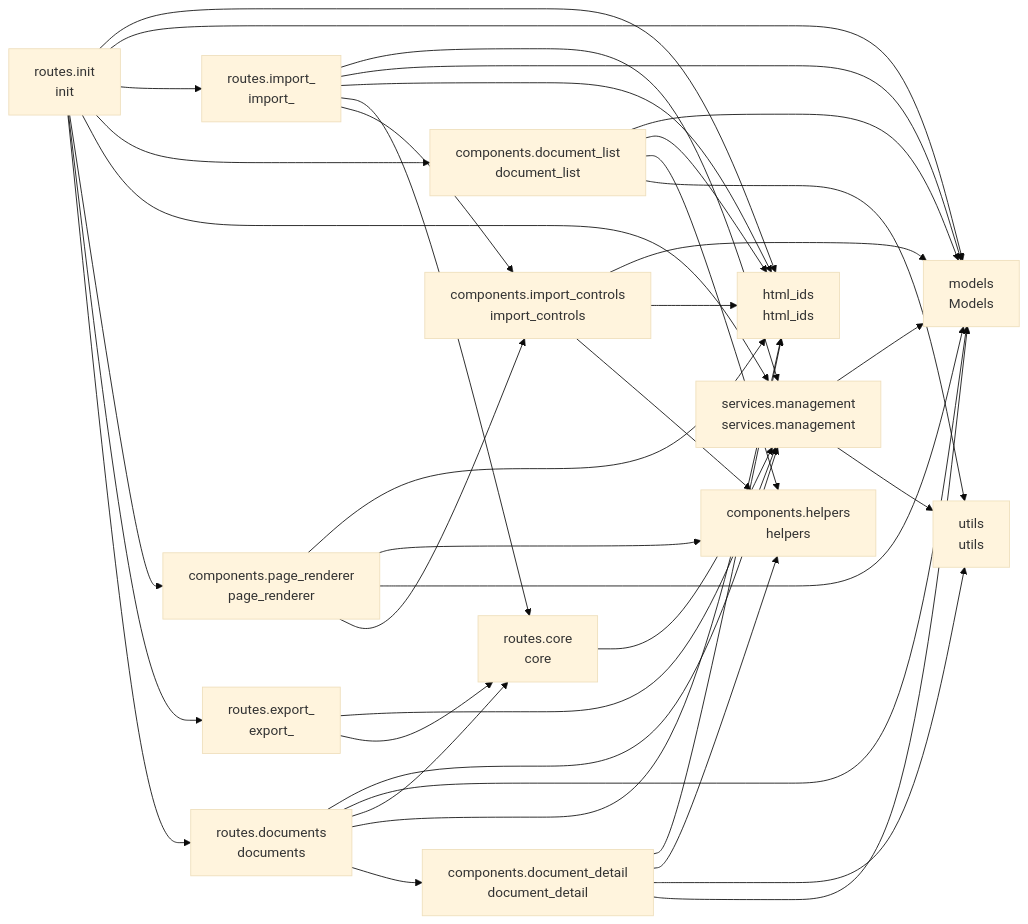
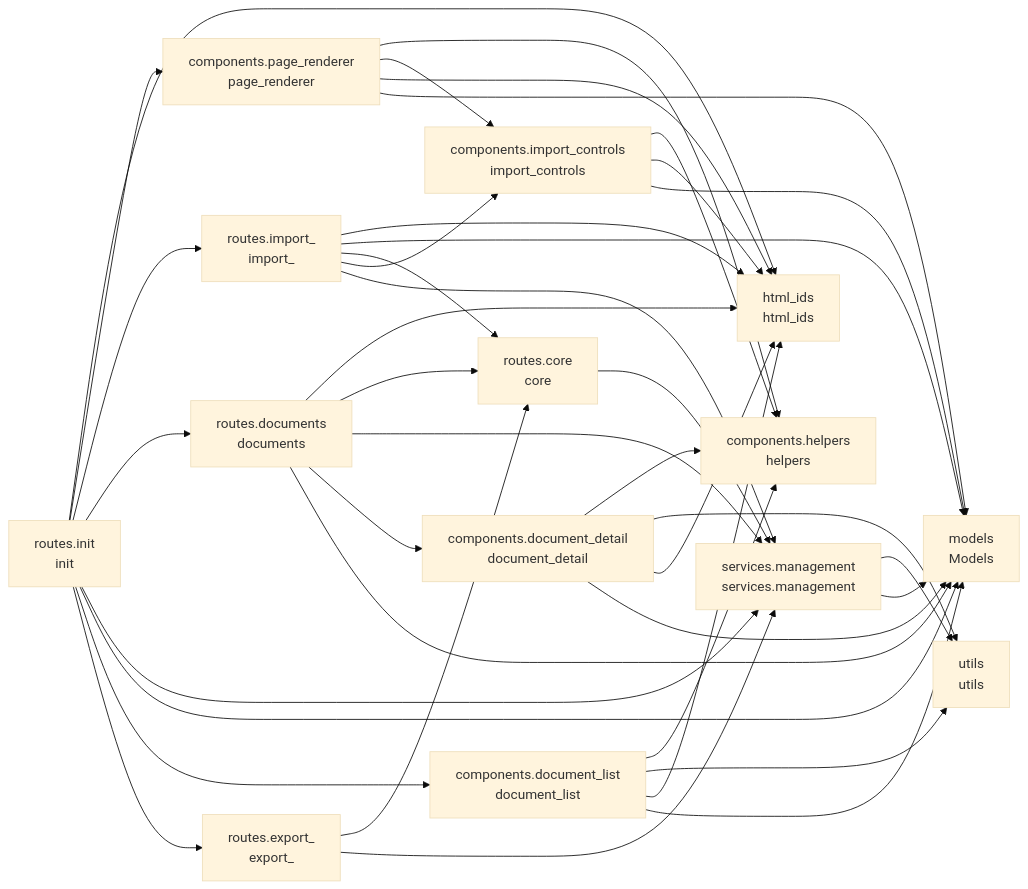
Before and after one commit to cj-mills/cjm-transcript-workflow-management: the diagram in README.md, drawn with Mermaid (base theme). The commit also changed other lines of this file and 5 other files, not shown here.

Commit message:
Elevate import controls panel to base_200, and elevate document-detail tile class (_CARD_CLS) to base_200 with shadow_dui.primary for visual parity with verify dashboard tiles.

````diff
--- a/README.md
+++ b/README.md
@@ -37,56 +37,56 @@
 ``` mermaid
 graph LR
     components_document_detail[components.document_detail<br/>document_detail]
     components_document_list[components.document_list<br/>document_list]
     components_helpers[components.helpers<br/>helpers]
     components_import_controls[components.import_controls<br/>import_controls]
     components_page_renderer[components.page_renderer<br/>page_renderer]
     html_ids[html_ids<br/>html_ids]
     models[models<br/>Models]
     routes_core[routes.core<br/>core]
     routes_documents[routes.documents<br/>documents]
     routes_export_[routes.export_<br/>export_]
     routes_import_[routes.import_<br/>import_]
     routes_init[routes.init<br/>init]
     services_management[services.management<br/>services.management]
     utils[utils<br/>utils]
 
-    components_document_detail --> html_ids
     components_document_detail --> components_helpers
     components_document_detail --> utils
+    components_document_detail --> html_ids
     components_document_detail --> models
-    components_document_list --> models
-    components_document_list --> html_ids
     components_document_list --> components_helpers
     components_document_list --> utils
+    components_document_list --> html_ids
+    components_document_list --> models
+    components_import_controls --> components_helpers
+    components_import_controls --> html_ids
     components_import_controls --> models
-    components_import_controls --> html_ids
-    components_import_controls --> components_helpers
+    components_page_renderer --> components_helpers
+    components_page_renderer --> components_import_controls
     components_page_renderer --> html_ids
-    components_page_renderer --> components_helpers
     components_page_renderer --> models
-    components_page_renderer --> components_import_controls
     routes_core --> services_management
+    routes_documents --> html_ids
+    routes_documents --> routes_core
     routes_documents --> services_management
+    routes_documents --> components_document_detail
     routes_documents --> models
-    routes_documents --> routes_core
-    routes_documents --> html_ids
-    routes_documents --> components_document_detail
+    routes_export_ --> routes_core
     routes_export_ --> services_management
-    routes_export_ --> routes_core
-    routes_import_ --> services_management
+    routes_import_ --> html_ids
     routes_import_ --> models
-    routes_import_ --> html_ids
     routes_import_ --> routes_core
     routes_import_ --> components_import_controls
+    routes_import_ --> services_management
     routes_init --> html_ids
+    routes_init --> components_page_renderer
+    routes_init --> routes_import_
+    routes_init --> routes_documents
+    routes_init --> services_management
     routes_init --> models
-    routes_init --> routes_import_
     routes_init --> components_document_list
-    routes_init --> services_management
-    routes_init --> components_page_renderer
     routes_init --> routes_export_
-    routes_init --> routes_documents
+    services_management --> utils
     services_management --> models
-    services_management --> utils
 ```
````
